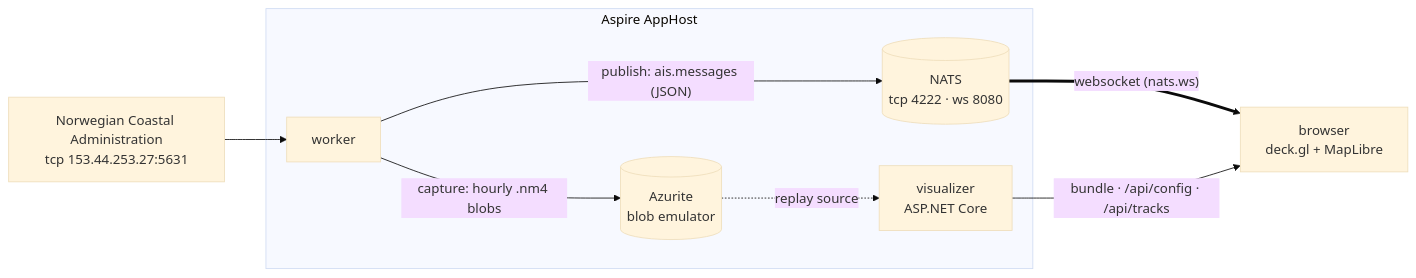
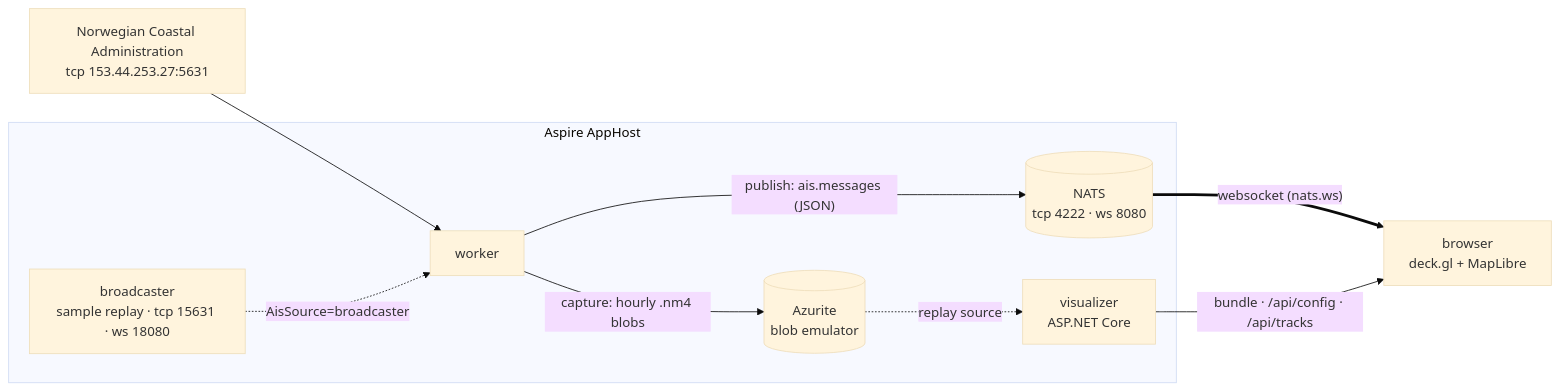
The second of 2 diagrams in README.md (ais-dotnet/Ais.Net.Receiver), drawn with Mermaid (base theme) before and after one commit. The commit also changed other lines of this file and 2 other files, not shown here.

First line of the commit message:
Document the WebSocket transport and broadcaster; adopt Keep a Changelog

````diff
--- a/README.md
+++ b/README.md
@@ -96,17 +97,19 @@
 ```mermaid
 flowchart LR
     FEED["Norwegian Coastal Administration<br/>tcp 153.44.253.27:5631"] --> W
 
     subgraph Aspire["Aspire AppHost"]
         W["worker"]
         N[("NATS<br/>tcp 4222 · ws 8080")]
         A[("Azurite<br/>blob emulator")]
         V["visualizer<br/>ASP.NET Core"]
+        BC["broadcaster<br/>sample replay · tcp 15631 · ws 18080"]
     end
 
+    BC -. "AisSource=broadcaster" .-> W
     W -- "capture: hourly .nm4 blobs" --> A
     W -- "publish: ais.messages (JSON)" --> N
     A -. "replay source" .-> V
     N == "websocket (nats.ws)" ==> B["browser<br/>deck.gl + MapLibre"]
     V -- "bundle · /api/config · /api/tracks" --> B
 ```
````
